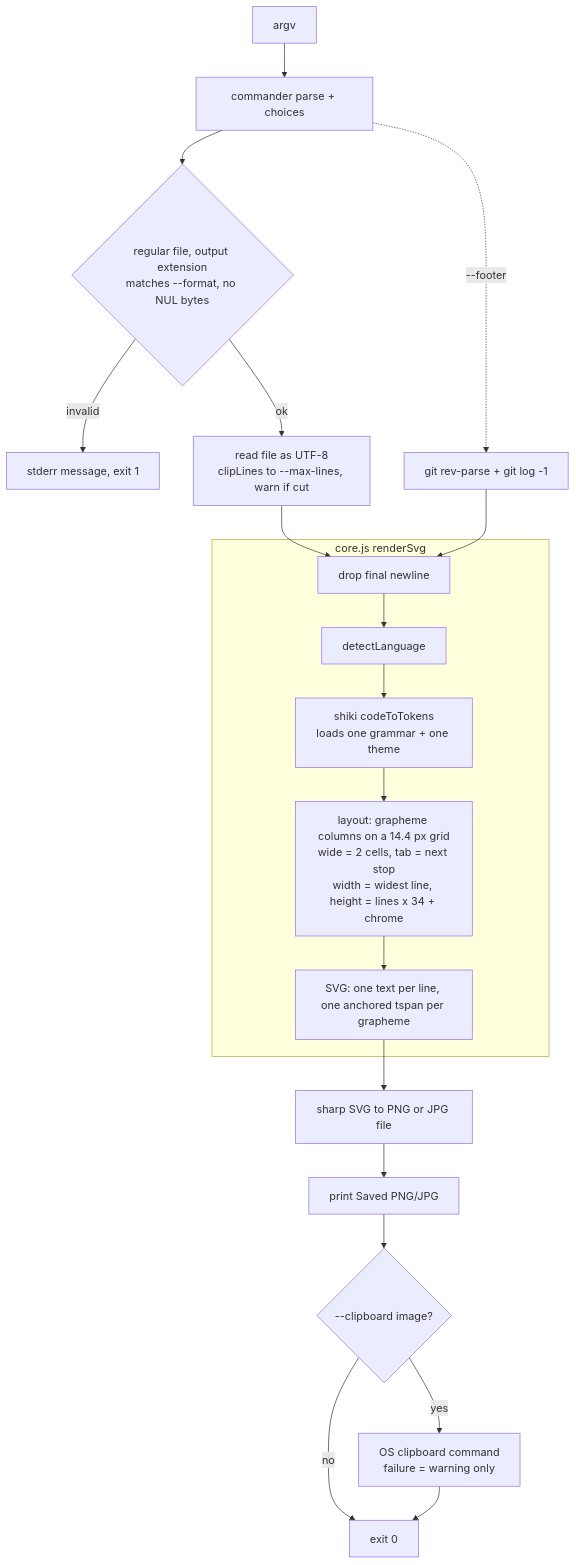
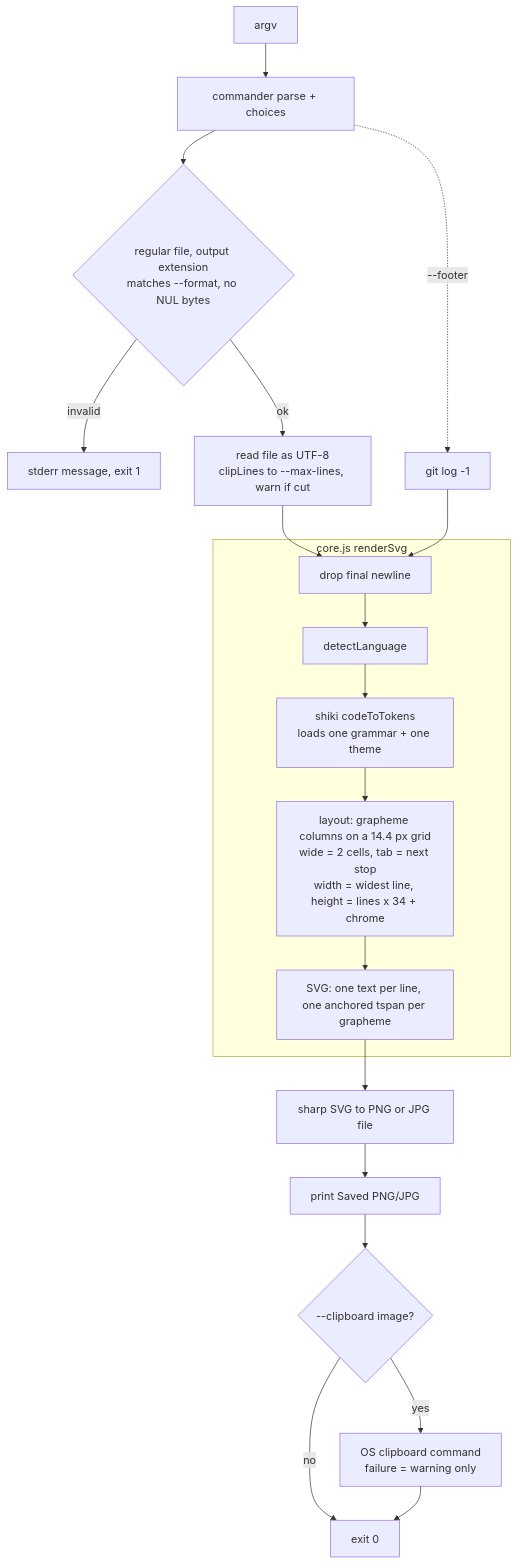
Before and after one commit to AlfredBateman/SnapCodeCLI: the diagram in docs/ARCHITECTURE.md, drawn with Mermaid. The commit also changed 3 other files, not shown here.

````diff
--- a/docs/ARCHITECTURE.md
+++ b/docs/ARCHITECTURE.md
@@ -22,22 +22,22 @@
 ```mermaid
 flowchart TD
     A[argv] --> B[commander parse + choices]
     B --> C{regular file, output extension<br/>matches --format, no NUL bytes}
     C -- invalid --> X[stderr message, exit 1]
     C -- ok --> D[read file as UTF-8<br/>clipLines to --max-lines, warn if cut]
-    B -. --footer .-> H[git rev-parse + git log -1]
+    B -. --footer .-> H[git log -1]
     D --> R
     H --> R
     subgraph core.js renderSvg
       R[drop final newline] --> E[detectLanguage]
       E --> G[shiki codeToTokens<br/>loads one grammar + one theme]
       G --> I[layout: grapheme columns on a 14.4 px grid<br/>wide = 2 cells, tab = next stop<br/>width = widest line, height = lines x 34 + chrome]
       I --> J[SVG: one text per line, one anchored tspan per grapheme]
     end
     J --> K[sharp SVG to PNG or JPG file]
     K --> N[print Saved PNG/JPG]
     N --> L{--clipboard image?}
     L -- yes --> M[OS clipboard command<br/>failure = warning only]
     L -- no --> Z[exit 0]
     M --> Z
 ```
````
